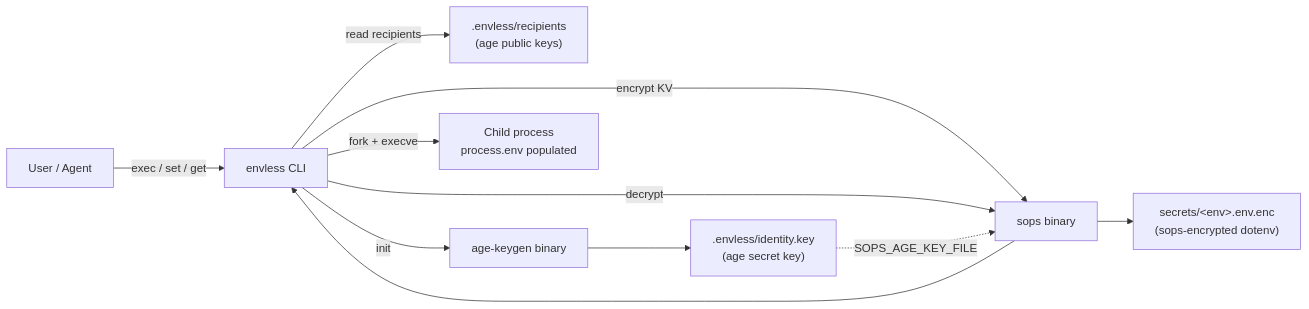
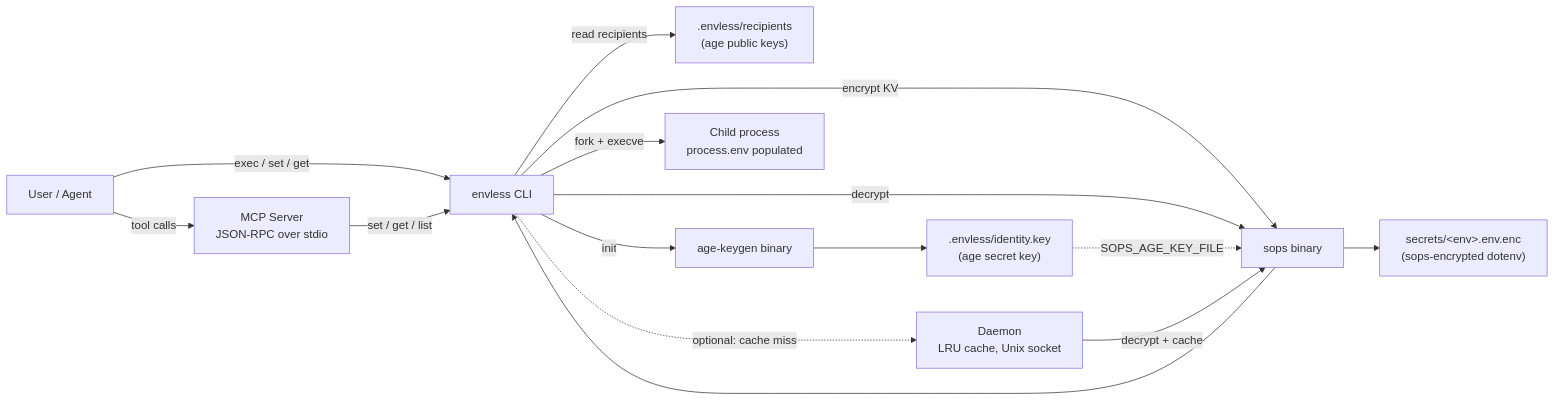
Before and after one commit to EdmondFrank/envless: the diagram in src/content/docs/architecture.mdx, drawn with Mermaid. The commit also changed other lines of this file and 33 other files, not shown here.

````diff
--- a/src/content/docs/architecture.mdx
+++ b/src/content/docs/architecture.mdx
@@ -76,22 +79,28 @@
 ```mermaid
 flowchart LR
   user[User / Agent]
   cli[envless CLI]
   ident[".envless/identity.key<br/>(age secret key)"]
   recip[".envless/recipients<br/>(age public keys)"]
   enc["secrets/&lt;env&gt;.env.enc<br/>(sops-encrypted dotenv)"]
   sops[sops binary]
   age[age-keygen binary]
   child[Child process<br/>process.env populated]
+  daemon[Daemon<br/>LRU cache, Unix socket]
+  mcp[MCP Server<br/>JSON-RPC over stdio]
 
   user -->|exec / set / get| cli
   cli -->|init| age
   age --> ident
   cli -->|read recipients| recip
   cli -->|encrypt KV| sops
   sops --> enc
   cli -->|decrypt| sops
   sops --> cli
   cli -->|fork + execve| child
   ident -. SOPS_AGE_KEY_FILE .-> sops
+  cli -.->|optional: cache miss| daemon
+  daemon -->|decrypt + cache| sops
+  user -->|tool calls| mcp
+  mcp -->|set / get / list| cli
 ```
````
